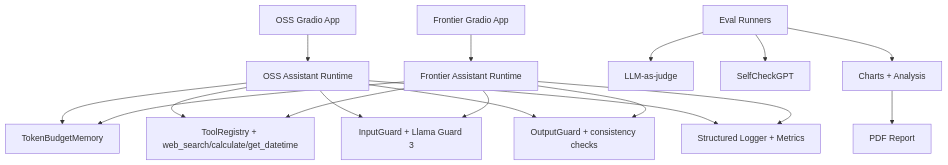
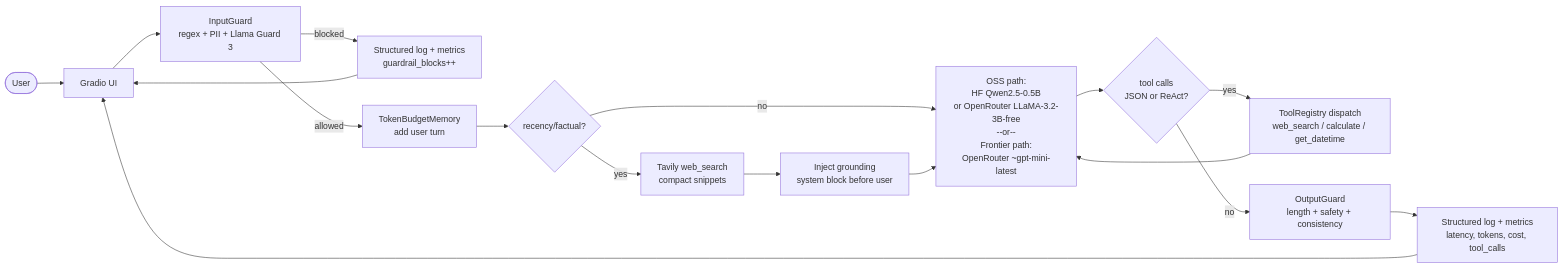
The first of 2 diagrams in README.md (G26karthik/Dual-AI-Assistant-s-Benchmark), drawn with Mermaid before and after one commit. The commit also changed other lines of this file and 20 other files, not shown here.

````diff
--- a/README.md
+++ b/README.md
@@ -13,24 +146,19 @@
 ```mermaid
-flowchart TD
-  UI_OSS[OSS Gradio App] --> OSS_ASSIST[OSS Assistant Runtime]
-  UI_FRONTIER[Frontier Gradio App] --> FRONTIER_ASSIST[Frontier Assistant Runtime]
-
-  OSS_ASSIST --> MEMORY[TokenBudgetMemory]
-  FRONTIER_ASSIST --> MEMORY
-
-  OSS_ASSIST --> TOOLS[ToolRegistry + web_search/calculate/get_datetime]
-  FRONTIER_ASSIST --> TOOLS
-
-  OSS_ASSIST --> INPUT_GUARD[InputGuard + Llama Guard 3]
-  FRONTIER_ASSIST --> INPUT_GUARD
-  OSS_ASSIST --> OUTPUT_GUARD[OutputGuard + consistency checks]
-  FRONTIER_ASSIST --> OUTPUT_GUARD
-
-  OSS_ASSIST --> OBS[Structured Logger + Metrics]
-  FRONTIER_ASSIST --> OBS
-
-  EVAL[Eval Runners] --> JUDGE[LLM-as-judge]
-  EVAL --> SELFCHECK[SelfCheckGPT]
-  EVAL --> VIZ[Charts + Analysis]
-  VIZ --> REPORT[PDF Report]
+flowchart LR
+  User([User]) --> UI[Gradio UI]
+  UI --> InGuard[InputGuard<br/>regex + PII + Llama Guard 3]
+  InGuard -- blocked --> Log1[Structured log + metrics<br/>guardrail_blocks++]
+  Log1 --> UI
+  InGuard -- allowed --> Mem[TokenBudgetMemory<br/>add user turn]
+  Mem --> Plan{recency/factual?}
+  Plan -- yes --> Search[Tavily web_search<br/>compact snippets]
+  Plan -- no --> LLM
+  Search --> Inject[Inject grounding<br/>system block before user]
+  Inject --> LLM[OSS path:<br/>HF Qwen2.5-0.5B<br/>or OpenRouter LLaMA-3.2-3B-free<br/>--or--<br/>Frontier path:<br/>OpenRouter ~gpt-mini-latest]
+  LLM --> Tools{tool calls<br/>JSON or ReAct?}
+  Tools -- yes --> Dispatch[ToolRegistry dispatch<br/>web_search / calculate / get_datetime]
+  Dispatch --> LLM
+  Tools -- no --> OutGuard[OutputGuard<br/>length + safety + consistency]
+  OutGuard --> Log2[Structured log + metrics<br/>latency, tokens, cost, tool_calls]
+  Log2 --> UI
 ```
````
